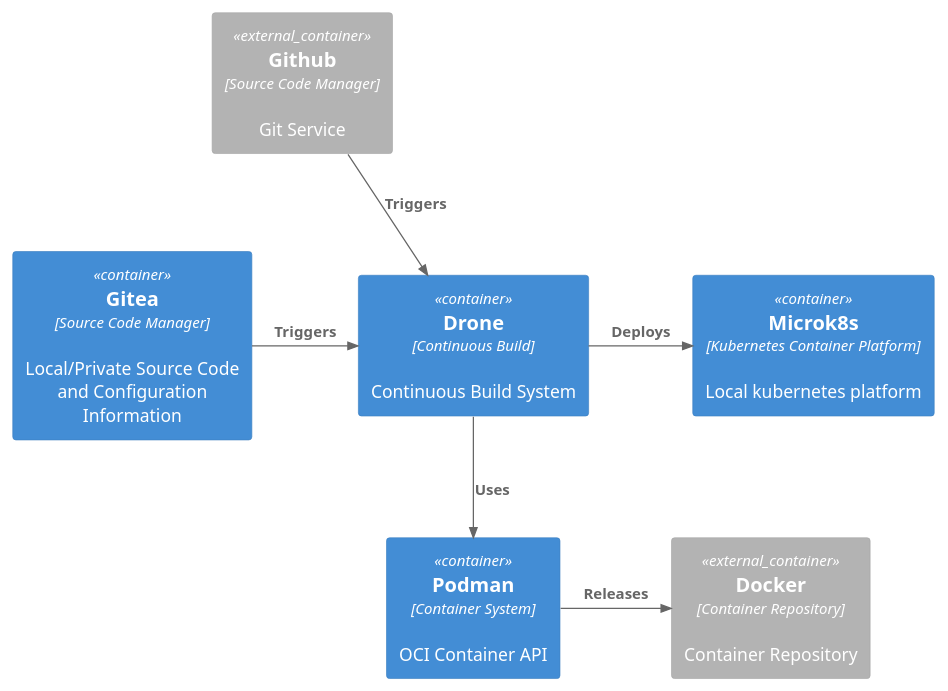
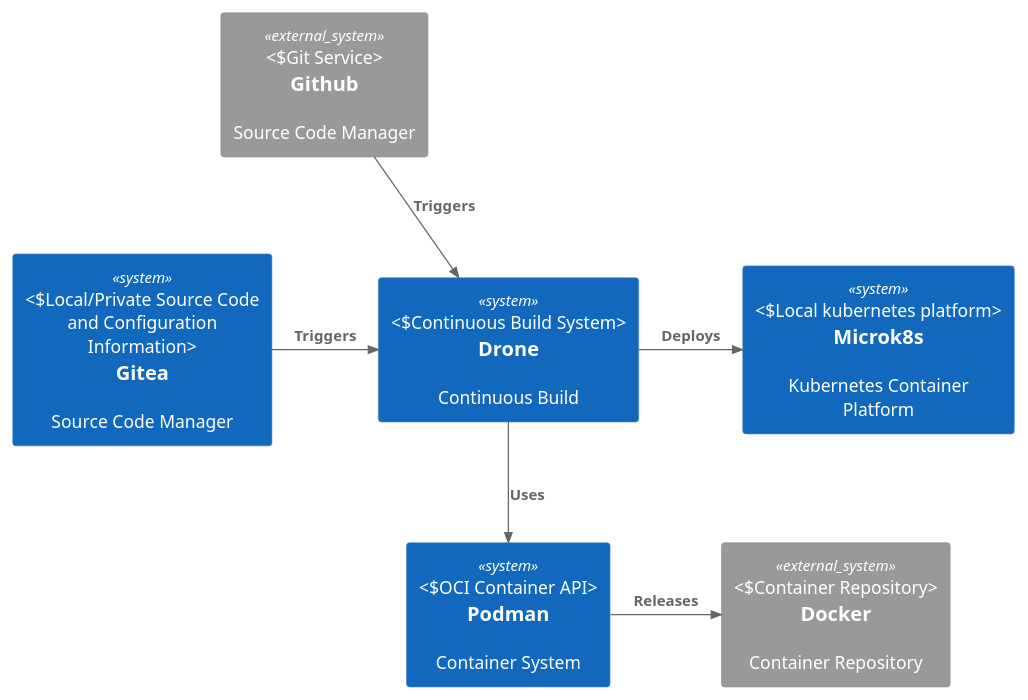
The first of 2 diagrams in architecture.puml (gautada/drone-container), drawn with PlantUML before and after one commit. The commit also changed other lines of this file and 3 other files, not shown here.

```diff
--- a/architecture.puml
+++ b/architecture.puml
@@ -1,21 +1,20 @@
 @startuml
+!include https://raw.githubusercontent.com/plantuml-stdlib/C4-PlantUML/master/C4_Context.puml
 
-!include https://raw.githubusercontent.com/plantuml-stdlib/C4-PlantUML/master/C4_Container.puml
+System_Ext(github, "Github", "Source Code Manager", "Git Service")
+System_Ext(docker, "Docker", "Container Repository", "Container Repository")
 
-Container_Ext(github, "Github", "Source Code Manager", "Git Service")
-Container_Ext(docker, "Docker", "Container Repository", "Container Repository")
-
-Container(podman, "Podman", "Container System", "OCI Container API")
-Container(drone, "Drone", "Continuous Build", "Continuous Build System")
-Container(gitea, "Gitea", "Source Code Manager", "Local/Private Source Code and Configuration Information")
-Container(microk8s, "Microk8s", "Kubernetes Container Platform", "Local kubernetes platform")
+System(podman, "Podman", "Container System", "OCI Container API")
+System(drone, "Drone", "Continuous Build", "Continuous Build System")
+System(gitea, "Gitea", "Source Code Manager", "Local/Private Source Code and Configuration Information")
+System(microk8s, "Microk8s", "Kubernetes Container Platform", "Local kubernetes platform")
 
 Lay_D(github, gitea)
 
 Rel_R(github, drone, "Triggers")
 Rel_R(gitea, drone, "Triggers")
 Rel_R(drone, microk8s, "Deploys")
 Rel_D(drone, podman, "Uses")
 Rel_R(podman, docker, "Releases")
 
 @enduml
```
